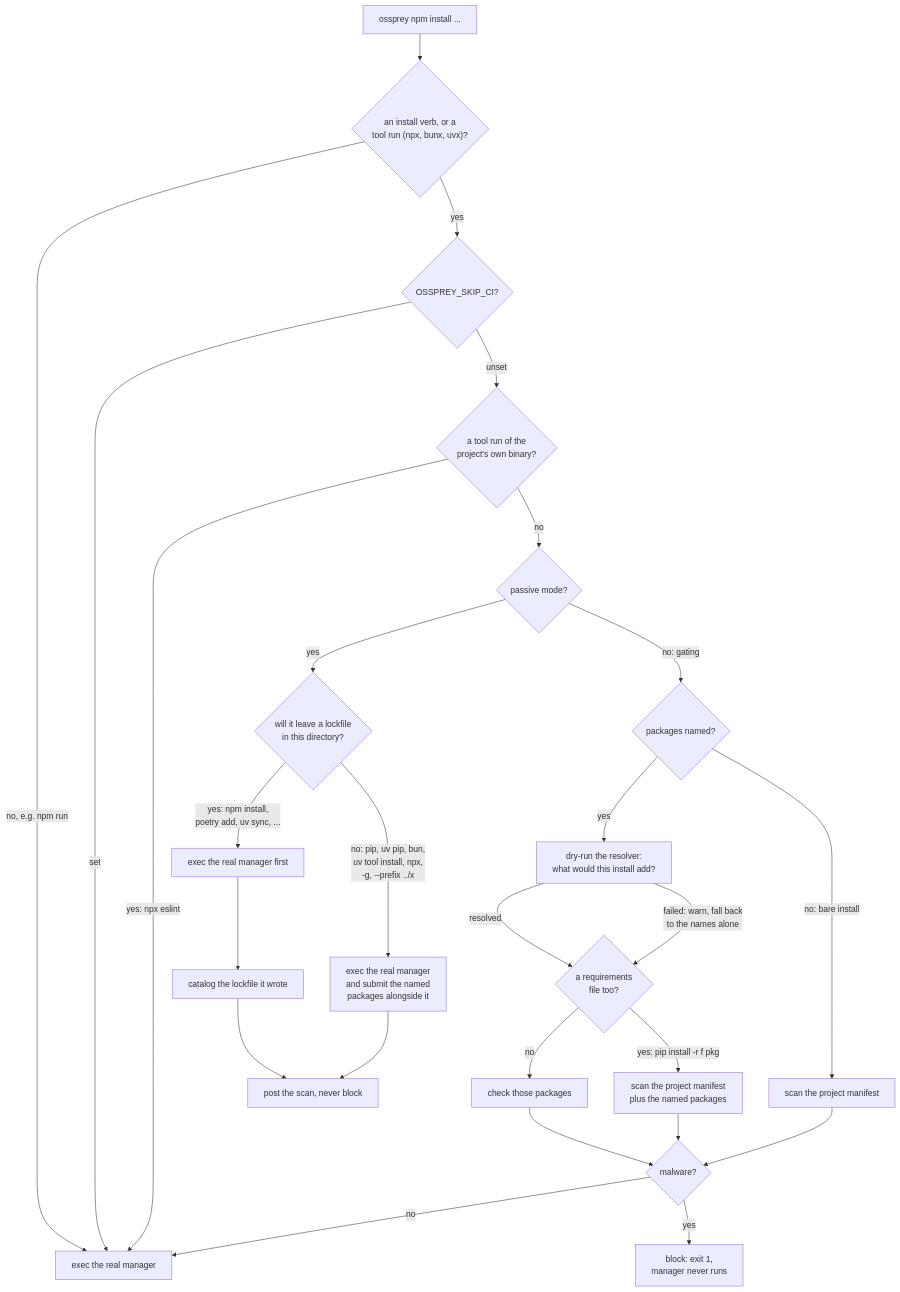
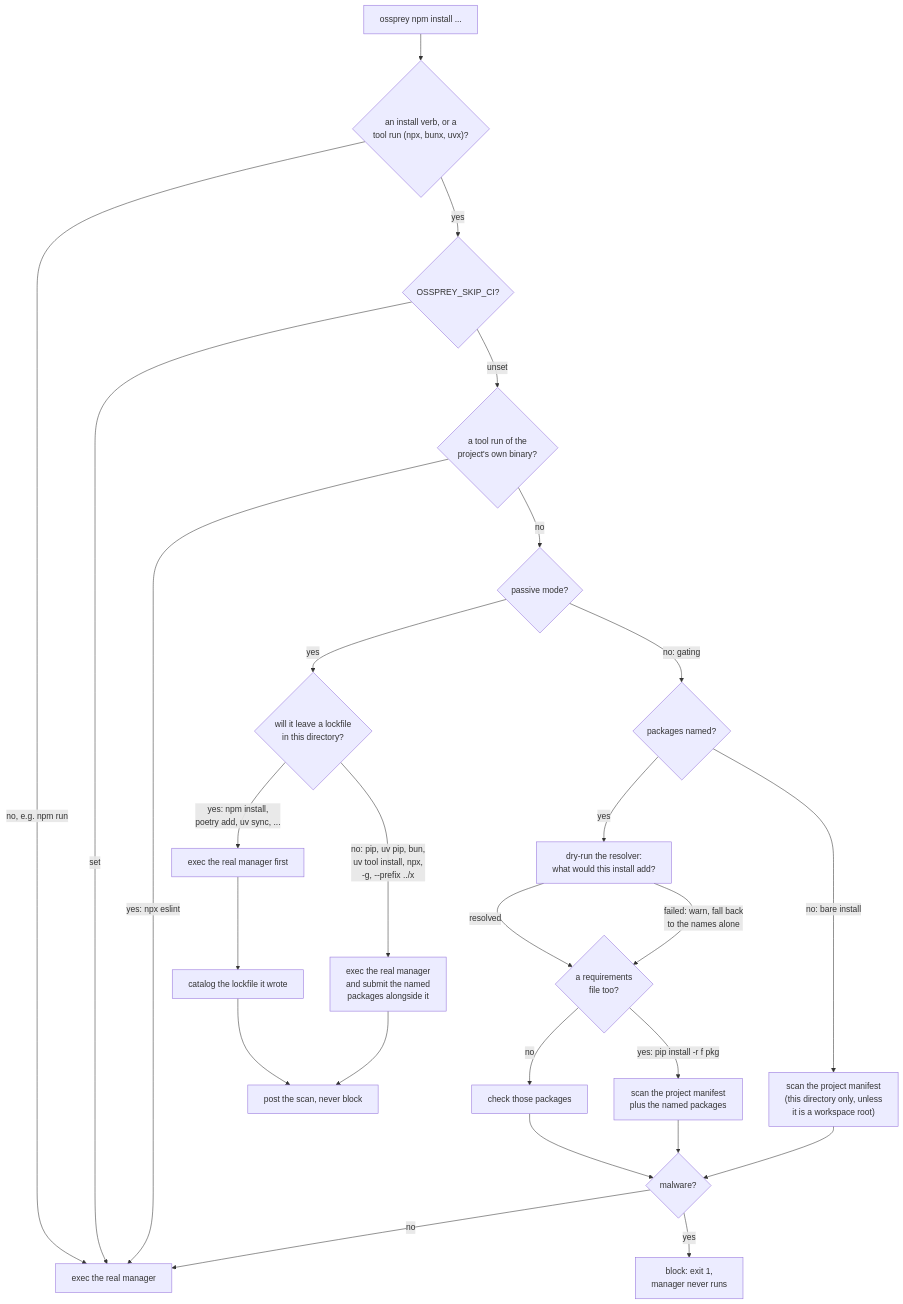
Before and after one commit to ossprey/ossprey-cli: the second of 3 diagrams in docs/architecture.md, drawn with Mermaid. The commit also changed 19 other files, not shown here.

````diff
--- a/docs/architecture.md
+++ b/docs/architecture.md
@@ -49,30 +49,30 @@
 ```mermaid
 flowchart TD
     S["ossprey npm install ..."] --> T{"an install verb, or a<br/>tool run (npx, bunx, uvx)?"}
     T -- "no, e.g. npm run" --> U["exec the real manager"]
     T -- "yes" --> V{"OSSPREY_SKIP_CI?"}
     V -- "set" --> U
     V -- "unset" --> L{"a tool run of the<br/>project's own binary?"}
     L -- "yes: npx eslint" --> U
     L -- "no" --> W{"passive mode?"}
 
     W -- "no: gating" --> X{"packages named?"}
     X -- "yes" --> E["dry-run the resolver:<br/>what would this install add?"]
     E -- "resolved" --> R{"a requirements<br/>file too?"}
     E -- "failed: warn, fall back<br/>to the names alone" --> R
     R -- "no" --> Y["check those packages"]
     R -- "yes: pip install -r f pkg" --> RZ["scan the project manifest<br/>plus the named packages"]
-    X -- "no: bare install" --> Z["scan the project manifest"]
+    X -- "no: bare install" --> Z["scan the project manifest<br/>(this directory only, unless<br/>it is a workspace root)"]
     Y --> AA{"malware?"}
     RZ --> AA
     Z --> AA
     AA -- "yes" --> AB["block: exit 1,<br/>manager never runs"]
     AA -- "no" --> U
 
     W -- "yes" --> AC{"will it leave a lockfile<br/>in this directory?"}
     AC -- "yes: npm install,<br/>poetry add, uv sync, ..." --> AD["exec the real manager first"]
     AD --> AE["catalog the lockfile it wrote"]
     AE --> AF["post the scan, never block"]
     AC -- "no: pip, uv pip, bun,<br/>uv tool install, npx,<br/>-g, --prefix ../x" --> AG["exec the real manager<br/>and submit the named<br/>packages alongside it"]
     AG --> AF
 ```
````
